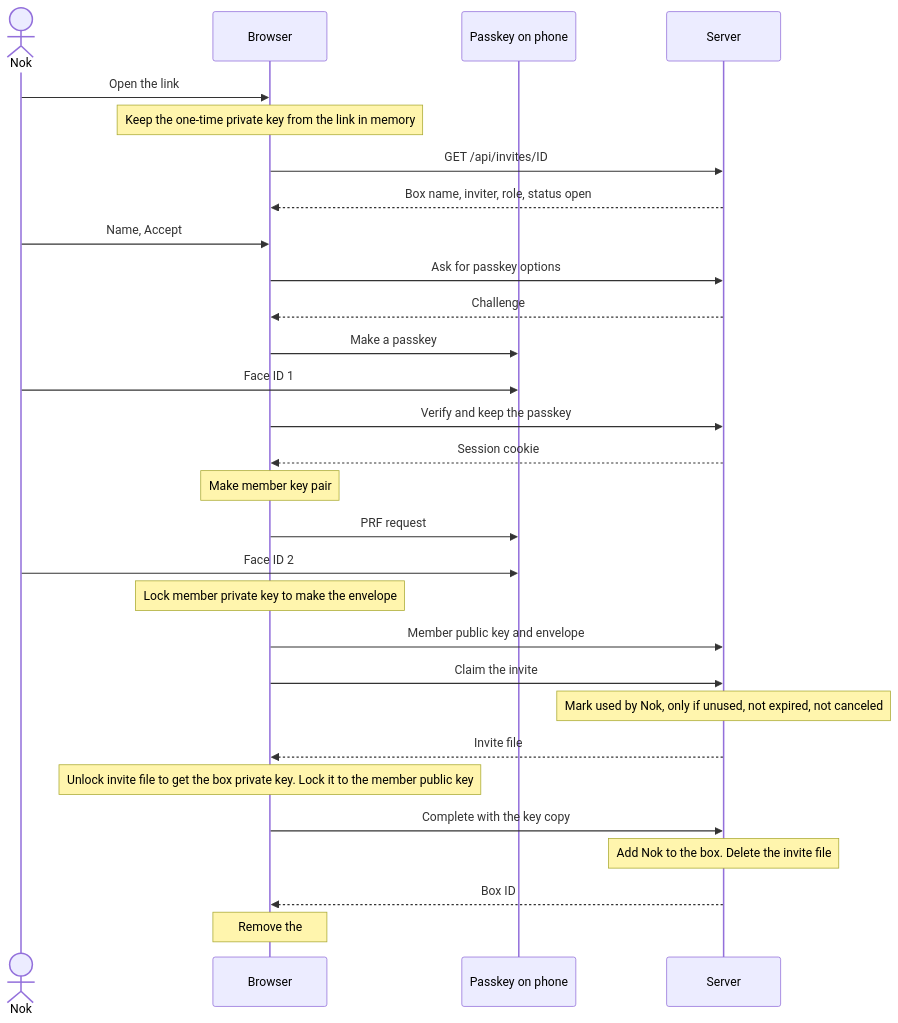
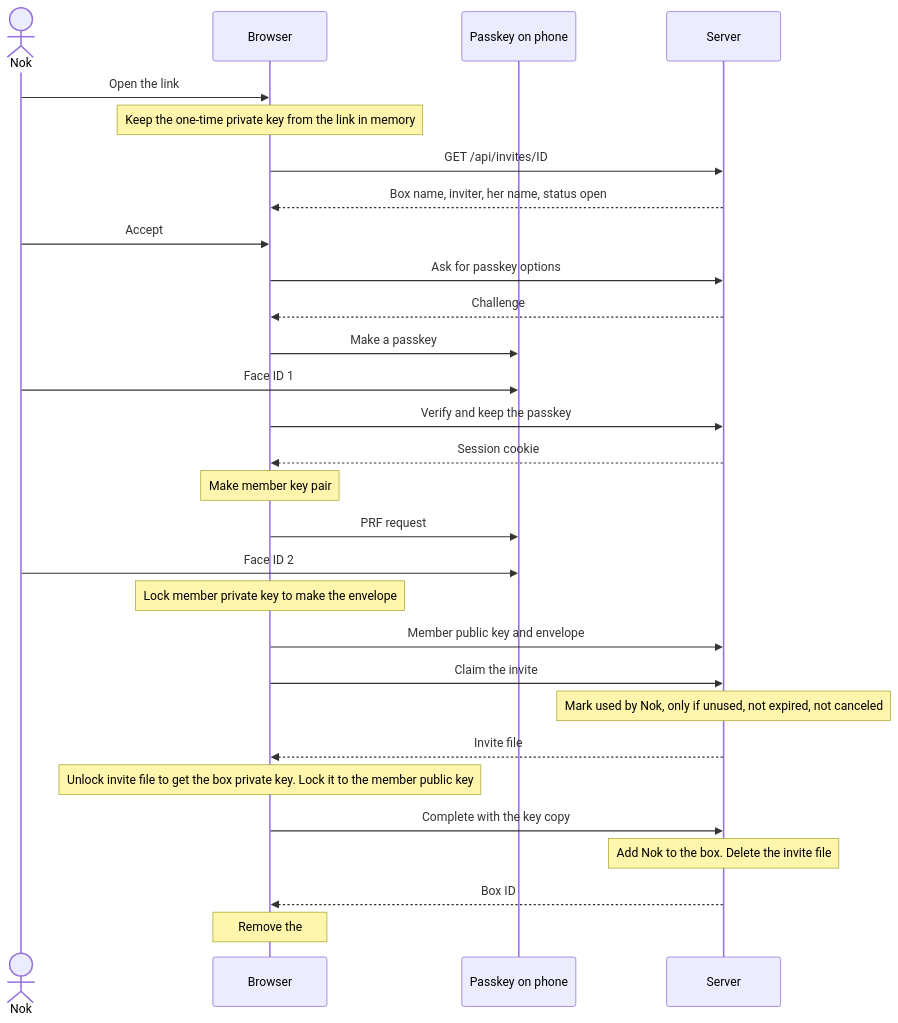
Before and after one commit to intaniger/secretbox: the first of 2 diagrams in docs/05-use-invite.md, drawn with Mermaid. The commit also changed other lines of this file and 18 other files, not shown here.

````diff
--- a/docs/05-use-invite.md
+++ b/docs/05-use-invite.md
@@ -39,31 +39,31 @@
 ```mermaid
 sequenceDiagram
   actor N as Nok
   participant B as Browser
   participant P as Passkey on phone
   participant S as Server
   N->>B: Open the link
   Note over B: Keep the one-time private key from the link in memory
   B->>S: GET /api/invites/ID
-  S-->>B: Box name, inviter, role, status open
-  N->>B: Name, Accept
+  S-->>B: Box name, inviter, her name, status open
+  N->>B: Accept
   B->>S: Ask for passkey options
   S-->>B: Challenge
   B->>P: Make a passkey
   N->>P: Face ID 1
   B->>S: Verify and keep the passkey
   S-->>B: Session cookie
   Note over B: Make member key pair
   B->>P: PRF request
   N->>P: Face ID 2
   Note over B: Lock member private key to make the envelope
   B->>S: Member public key and envelope
   B->>S: Claim the invite
   Note over S: Mark used by Nok, only if unused, not expired, not canceled
   S-->>B: Invite file
   Note over B: Unlock invite file to get the box private key. Lock it to the member public key
   B->>S: Complete with the key copy
   Note over S: Add Nok to the box. Delete the invite file
   S-->>B: Box ID
   Note over B: Remove the # part from the address bar
 ```
````
